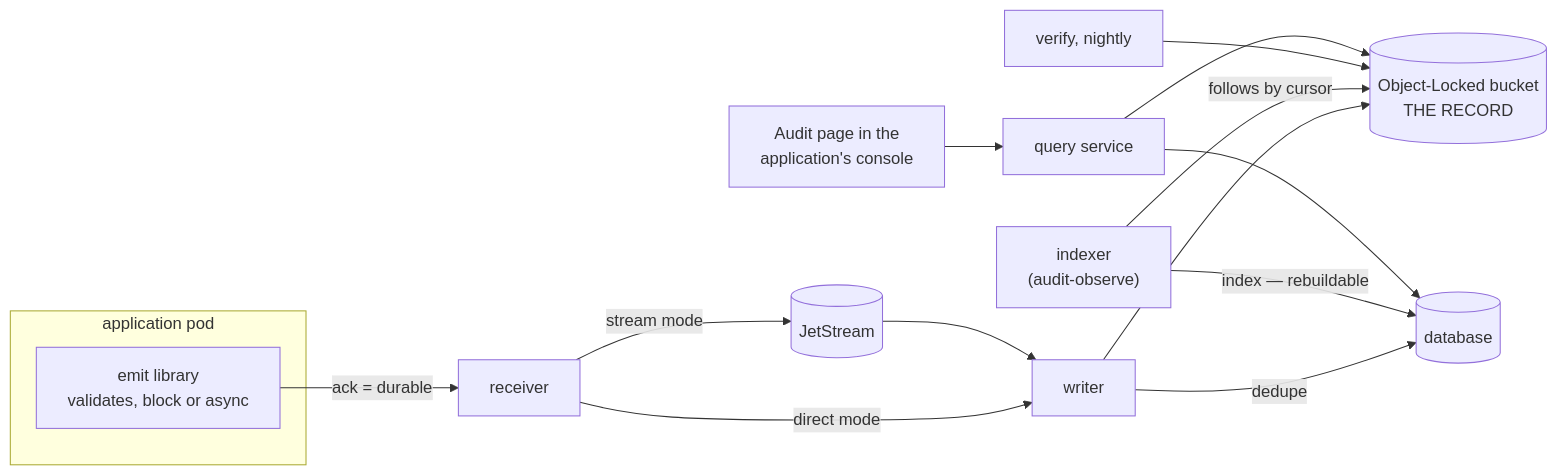
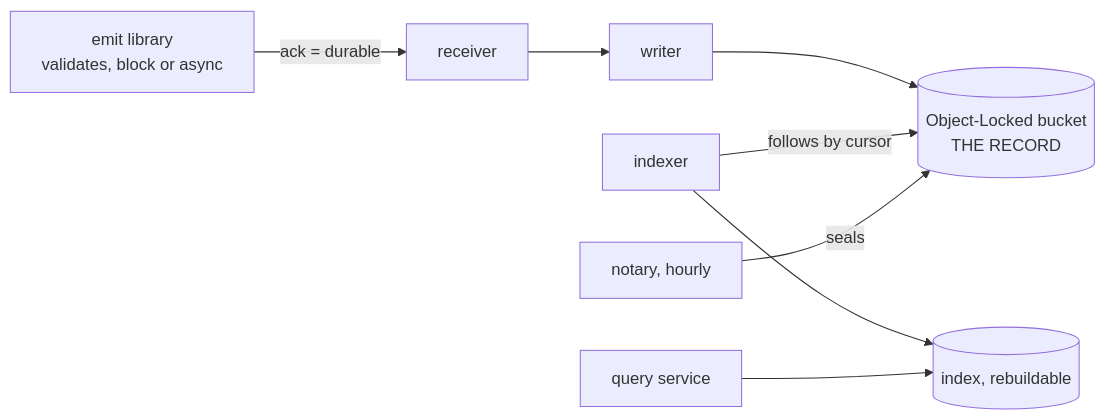
One commit to truvity/audit changed the diagram in README.md. Above: the diagram before and after it, drawn with Mermaid. The commit also changed other lines of this file and 27 other files, not shown here.

````diff
--- a/README.md
+++ b/README.md
@@ -12,17 +13,9 @@
 ```mermaid
 flowchart LR
-  subgraph app["application pod"]
-    E["emit library<br/>validates, block or async"]
-  end
-  E -- "ack = durable" --> R["receiver"]
-  R -- "direct mode" --> W["writer"]
-  R -- "stream mode" --> N[("JetStream")] --> W
-  W --> S3[("Object-Locked bucket<br/>THE RECORD")]
-  W -- "dedupe" --> PG[("database")]
-  O["indexer<br/>(audit-observe)"] -- "follows by cursor" --> S3
-  O -- "index — rebuildable" --> PG
-  D["verify, nightly"] --> S3
+  E["emit library<br/>validates, block or async"] -- "ack = durable" --> R["receiver"]
+  R --> W["writer"] --> S3[("Object-Locked bucket<br/>THE RECORD")]
+  O["indexer"] -- "follows by cursor" --> S3
+  O --> PG[("index, rebuildable")]
+  N["notary, hourly"] -- "seals" --> S3
   Q["query service"] --> PG
-  Q --> S3
-  UI["Audit page in the<br/>application's console"] --> Q
 ```
````
